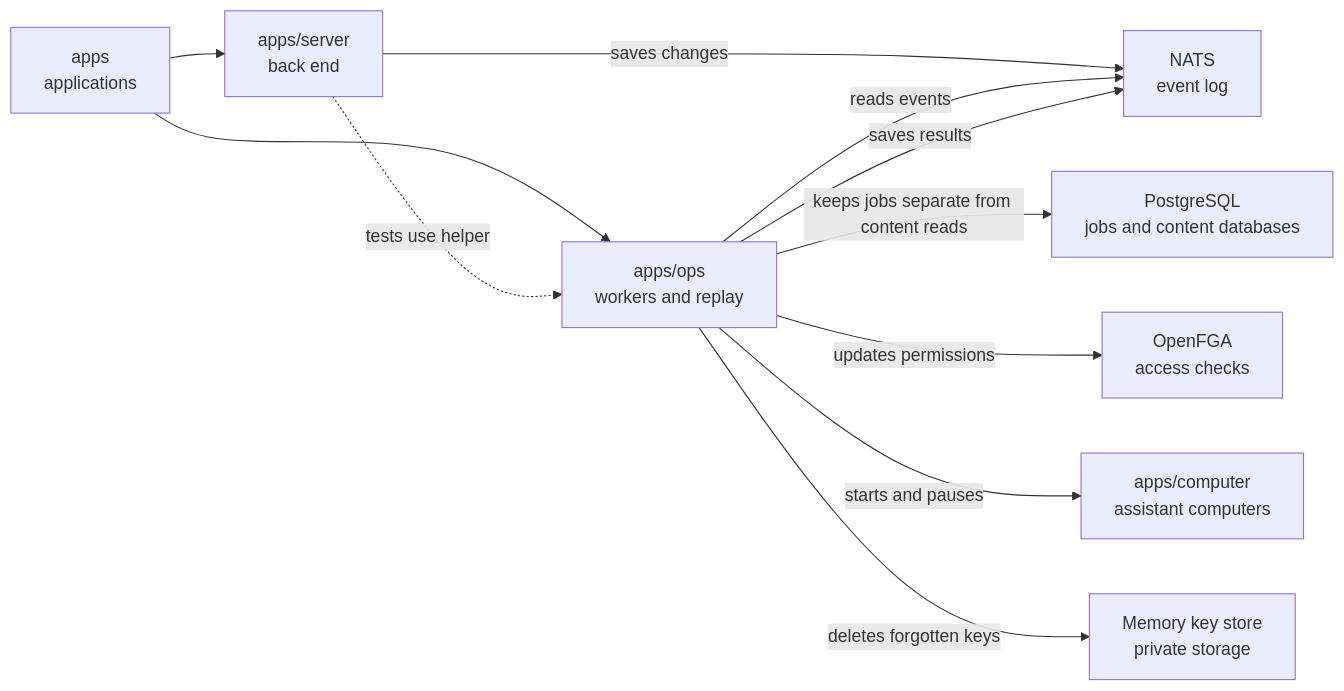
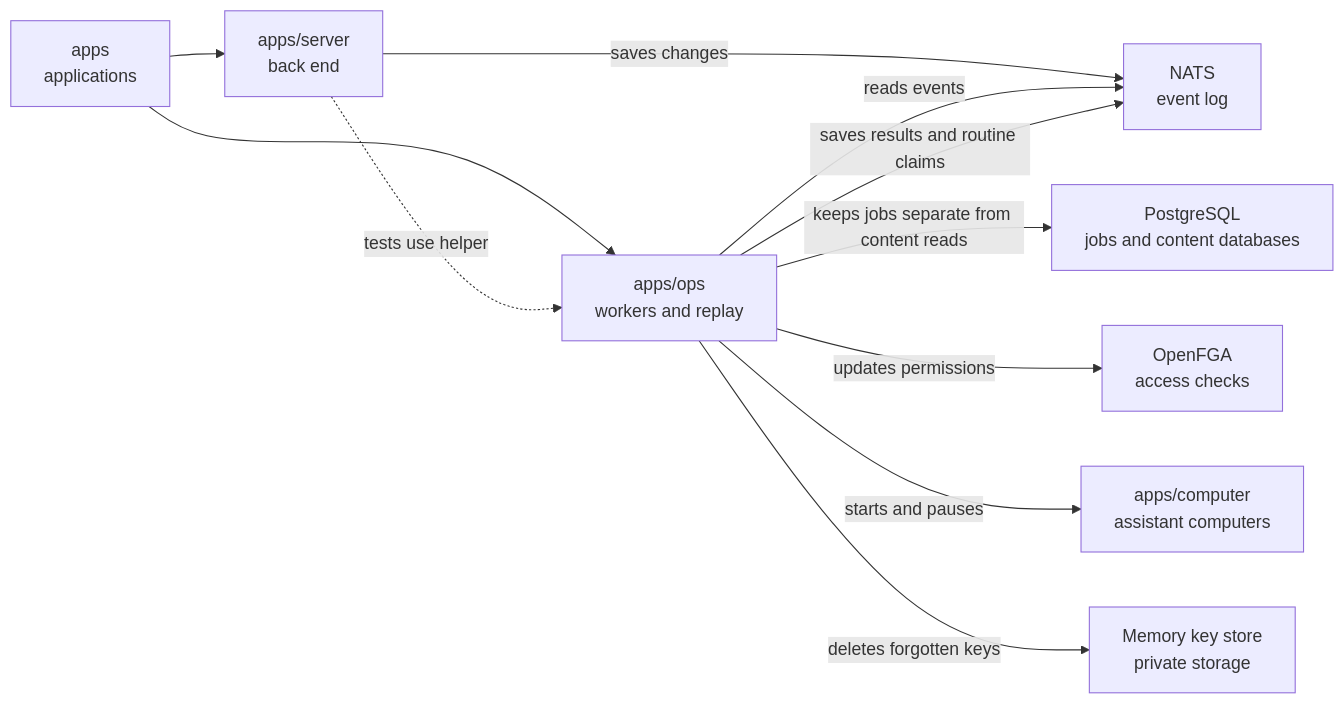
One commit to elewa-git/opencrane-new changed the diagram in apps/ops/README.md. Above: the diagram before and after it, drawn with Mermaid. The commit also changed other lines of this file and 5 other files, not shown here.

````diff
--- a/apps/ops/README.md
+++ b/apps/ops/README.md
@@ -17,13 +17,13 @@
 ```mermaid
 flowchart LR
   apps["apps<br/>applications"] --> ops["apps/ops<br/>workers and replay"]
   apps --> server["apps/server<br/>back end"]
   server -.->|tests use helper| ops
   server -->|saves changes| nats["NATS<br/>event log"]
   ops -->|reads events| nats
-  ops -->|saves results| nats
+  ops -->|saves results and routine claims| nats
   ops -->|keeps jobs separate from content reads| pg["PostgreSQL<br/>jobs and content databases"]
   ops -->|updates permissions| fga["OpenFGA<br/>access checks"]
   ops -->|starts and pauses| computer["apps/computer<br/>assistant computers"]
   ops -->|deletes forgotten keys| keys["Memory key store<br/>private storage"]
 ```
````
